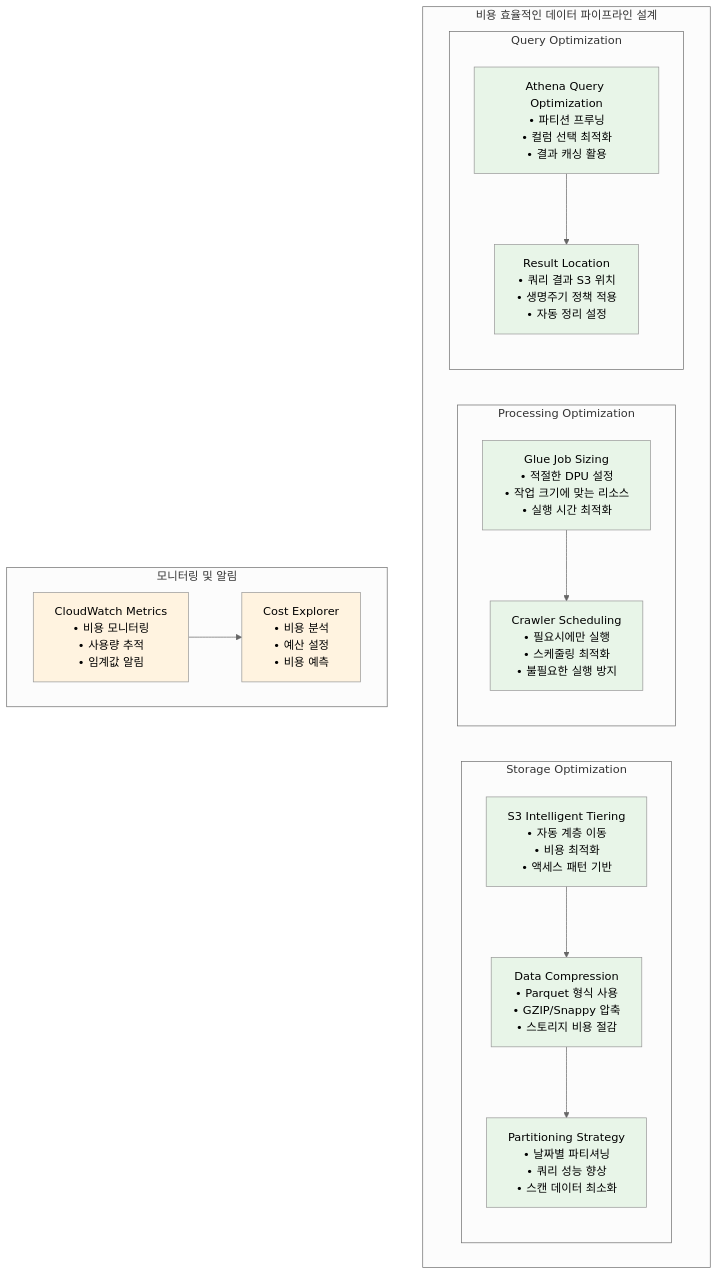
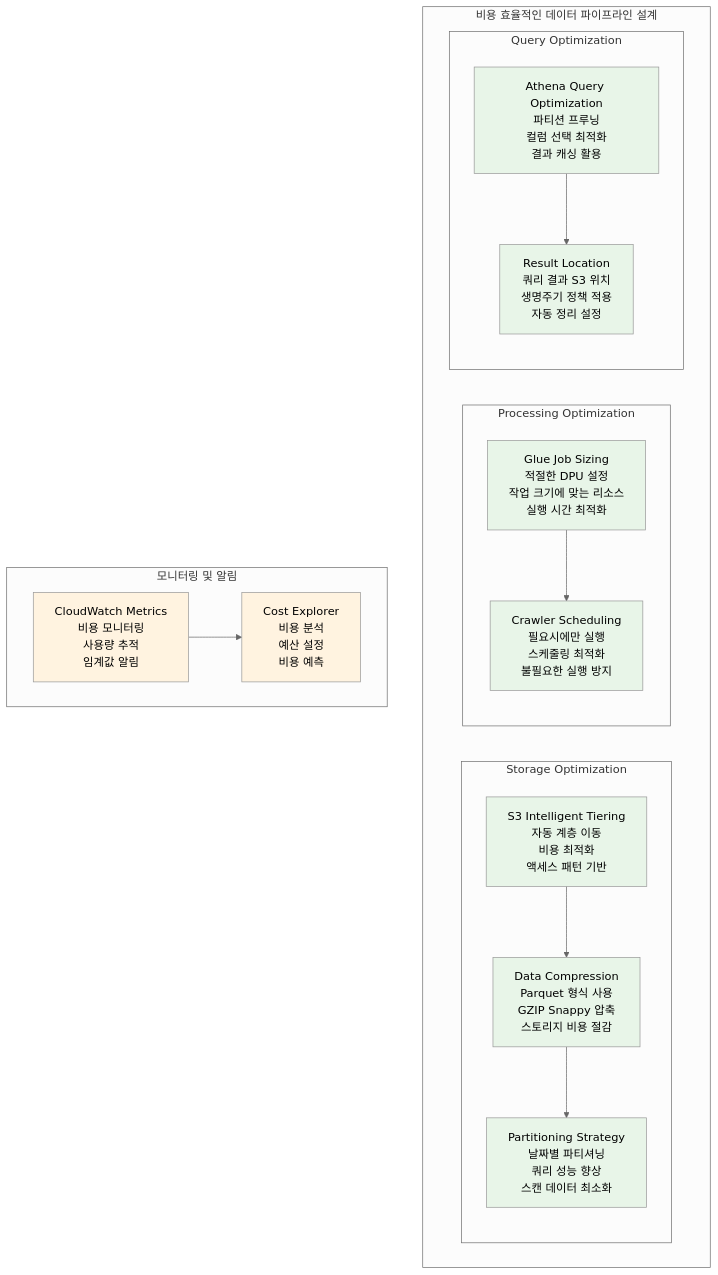
One commit to niceguy61/aws_study_glue_athena changed the fifth of 5 diagrams in images/architecture-diagrams.md. Above: the diagram before and after it, drawn with Mermaid (neutral theme). The commit also changed other lines of this file, not shown here.

Commit message:
mod mermaid

````diff
--- a/images/architecture-diagrams.md
+++ b/images/architecture-diagrams.md
@@ -277,37 +277,37 @@
 ```mermaid
 graph TB
     subgraph "비용 효율적인 데이터 파이프라인 설계"
         subgraph "Storage Optimization"
-            A[S3 Intelligent Tiering<br/>• 자동 계층 이동<br/>• 비용 최적화<br/>• 액세스 패턴 기반]
-            B[Data Compression<br/>• Parquet 형식 사용<br/>• GZIP/Snappy 압축<br/>• 스토리지 비용 절감]
-            C[Partitioning Strategy<br/>• 날짜별 파티셔닝<br/>• 쿼리 성능 향상<br/>• 스캔 데이터 최소화]
+            A[S3 Intelligent Tiering<br/>자동 계층 이동<br/>비용 최적화<br/>액세스 패턴 기반]
+            B[Data Compression<br/>Parquet 형식 사용<br/>GZIP Snappy 압축<br/>스토리지 비용 절감]
+            C[Partitioning Strategy<br/>날짜별 파티셔닝<br/>쿼리 성능 향상<br/>스캔 데이터 최소화]
         end
         
         subgraph "Processing Optimization"
-            D[Glue Job Sizing<br/>• 적절한 DPU 설정<br/>• 작업 크기에 맞는 리소스<br/>• 실행 시간 최적화]
-            E[Crawler Scheduling<br/>• 필요시에만 실행<br/>• 스케줄링 최적화<br/>• 불필요한 실행 방지]
+            D[Glue Job Sizing<br/>적절한 DPU 설정<br/>작업 크기에 맞는 리소스<br/>실행 시간 최적화]
+            E[Crawler Scheduling<br/>필요시에만 실행<br/>스케줄링 최적화<br/>불필요한 실행 방지]
         end
         
         subgraph "Query Optimization"
-            F[Athena Query Optimization<br/>• 파티션 프루닝<br/>• 컬럼 선택 최적화<br/>• 결과 캐싱 활용]
-            G[Result Location<br/>• 쿼리 결과 S3 위치<br/>• 생명주기 정책 적용<br/>• 자동 정리 설정]
+            F[Athena Query Optimization<br/>파티션 프루닝<br/>컬럼 선택 최적화<br/>결과 캐싱 활용]
+            G[Result Location<br/>쿼리 결과 S3 위치<br/>생명주기 정책 적용<br/>자동 정리 설정]
         end
     end
     
     subgraph "모니터링 및 알림"
-        H[CloudWatch Metrics<br/>• 비용 모니터링<br/>• 사용량 추적<br/>• 임계값 알림]
-        I[Cost Explorer<br/>• 비용 분석<br/>• 예산 설정<br/>• 비용 예측]
+        H[CloudWatch Metrics<br/>비용 모니터링<br/>사용량 추적<br/>임계값 알림]
+        I[Cost Explorer<br/>비용 분석<br/>예산 설정<br/>비용 예측]
     end
     
     A --> B
     B --> C
     D --> E
     F --> G
     H --> I
     
     classDef optimization fill:#e8f5e8
     classDef monitoring fill:#fff3e0
     
     class A,B,C,D,E,F,G optimization
     class H,I monitoring
 ```
````
